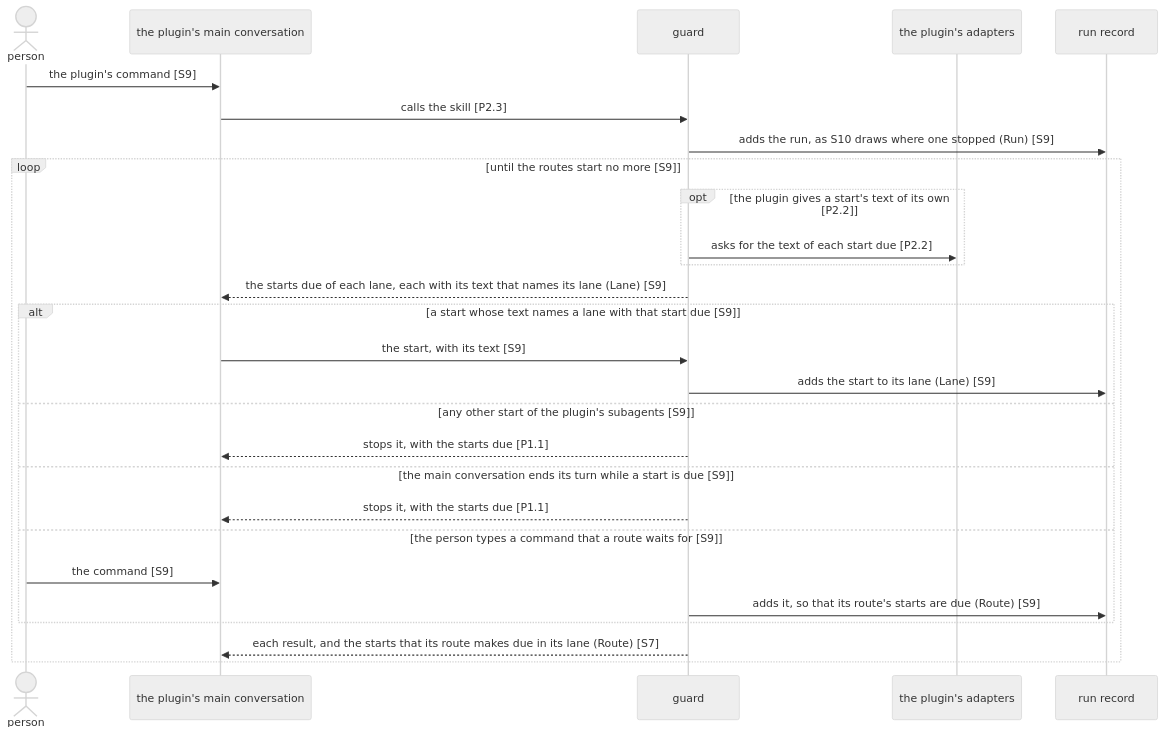
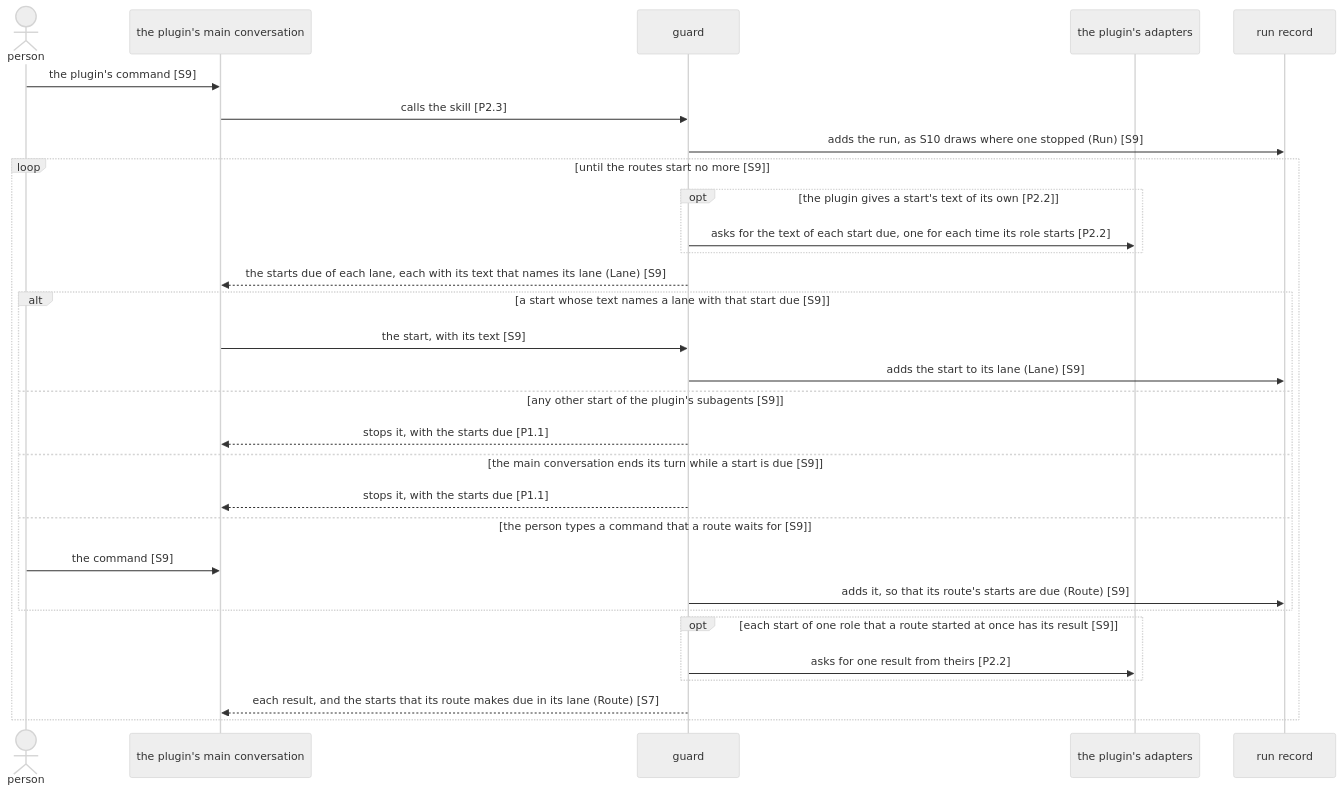
Before and after one commit to lovaizu/ccpm: the first of 2 diagrams in dev/lane/architecture.md, drawn with Mermaid (neutral theme). The commit also changed other lines of this file, not shown here.

````diff
--- a/dev/lane/architecture.md
+++ b/dev/lane/architecture.md
@@ -114,29 +116,32 @@
 ```mermaid
 sequenceDiagram
   actor U as person
   participant M as the plugin's main conversation
   participant G as guard
   participant A as the plugin's adapters
   participant RR as run record
   U->>M: the plugin's command [S9]
   M->>G: calls the skill [P2.3]
   G->>RR: adds the run, as S10 draws where one stopped (Run) [S9]
   loop until the routes start no more [S9]
     opt the plugin gives a start's text of its own [P2.2]
-      G->>A: asks for the text of each start due [P2.2]
+      G->>A: asks for the text of each start due, one for each time its role starts [P2.2]
     end
     G-->>M: the starts due of each lane, each with its text that names its lane (Lane) [S9]
     alt a start whose text names a lane with that start due [S9]
       M->>G: the start, with its text [S9]
       G->>RR: adds the start to its lane (Lane) [S9]
     else any other start of the plugin's subagents [S9]
       G-->>M: stops it, with the starts due [P1.1]
     else the main conversation ends its turn while a start is due [S9]
       G-->>M: stops it, with the starts due [P1.1]
     else the person types a command that a route waits for [S9]
       U->>M: the command [S9]
       G->>RR: adds it, so that its route's starts are due (Route) [S9]
     end
+    opt each start of one role that a route started at once has its result [S9]
+      G->>A: asks for one result from theirs [P2.2]
+    end
     G-->>M: each result, and the starts that its route makes due in its lane (Route) [S7]
   end
 ```
````
